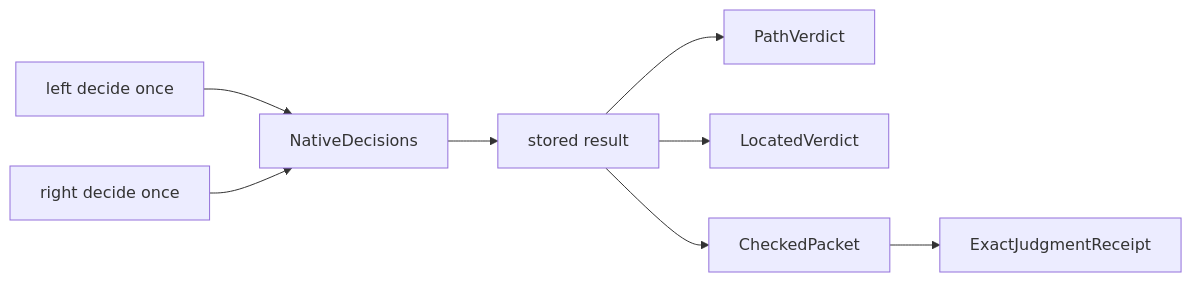
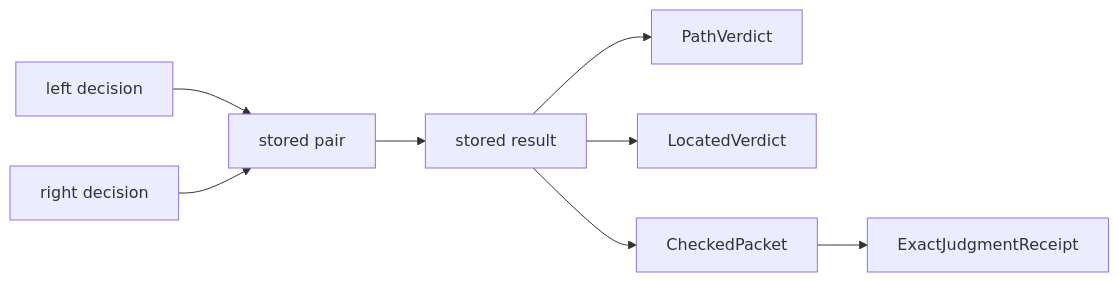
One commit to unpingable/lean changed the diagram in docs/calculus/06-comparison-and-stored-decisions.md. Above: the diagram before and after it, drawn with Mermaid. The commit also changed other lines of this file and 10 other files, not shown here.

````diff
--- a/docs/calculus/06-comparison-and-stored-decisions.md
+++ b/docs/calculus/06-comparison-and-stored-decisions.md
@@ -83,10 +89,10 @@
 ```mermaid
 flowchart LR
-  L[left decide once] --> N[NativeDecisions]
-  R[right decide once] --> N
+  L[left decision] --> N[stored pair]
+  R[right decision] --> N
   N --> SR[stored result]
   SR --> V[PathVerdict]
   SR --> LV[LocatedVerdict]
   SR --> CP[CheckedPacket]
   CP --> CR[ExactJudgmentReceipt]
 ```
````
